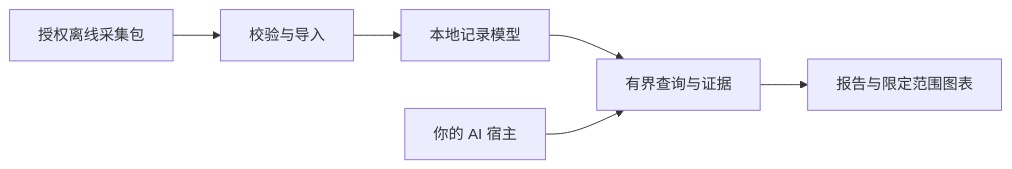
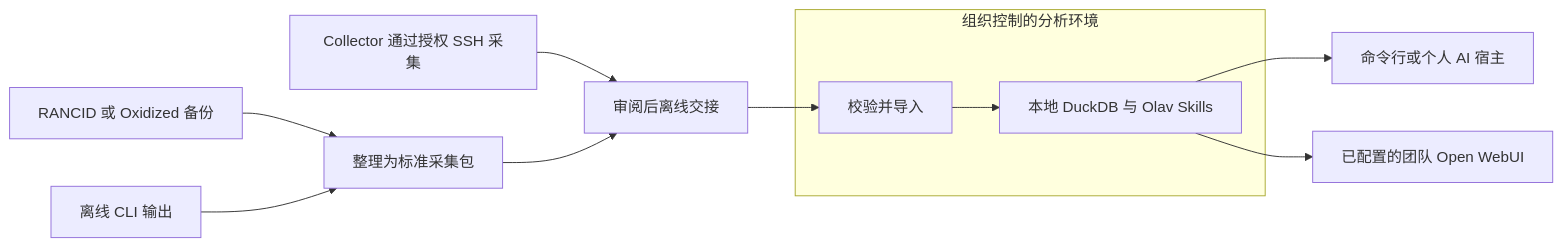
Before and after one commit to james-olavai/olav-skills: the diagram in docs/index.zh.md, drawn with Mermaid. The commit also changed other lines of this file and 21 other files, not shown here.

Commit message:
Document Olav Skills 0.2.2 and preserve discoverable documentation routes

````diff
--- a/docs/index.zh.md
+++ b/docs/index.zh.md
@@ -11,8 +9,13 @@
 ```mermaid
 flowchart LR
-    A[授权离线采集包] --> B[校验与导入]
-    B --> C[本地记录模型]
-    C --> D[有界查询与证据]
-    D --> E[报告与限定范围图表]
-    H[你的 AI 宿主] --> D
+    A[Collector 通过授权 SSH 采集] --> D[审阅后离线交接]
+    B[RANCID 或 Oxidized 备份] --> C[整理为标准采集包]
+    F[离线 CLI 输出] --> C
+    C --> D
+    subgraph Local[组织控制的分析环境]
+        E[校验并导入] --> G[本地 DuckDB 与 Olav Skills]
+    end
+    D --> E
+    G --> H[命令行或个人 AI 宿主]
+    G --> I[已配置的团队 Open WebUI]
 ```
````
